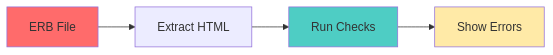
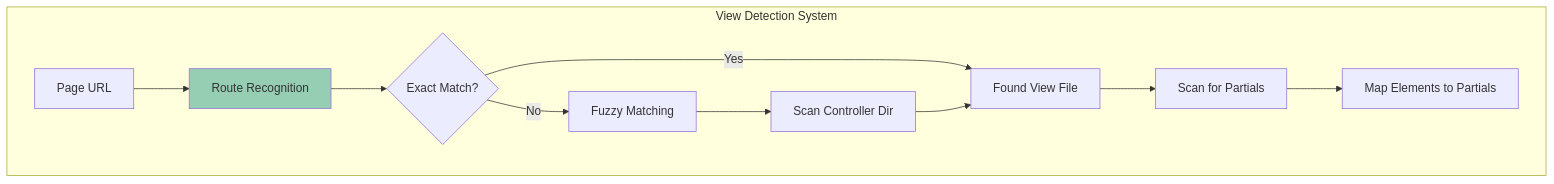
Before and after one commit to rayraycodes/rails-accessibility-testing: the fourth of 8 diagrams in docs_site/architecture.md, drawn with Mermaid. The commit also changed other lines of this file and 12 other files, not shown here.

````diff
--- a/docs_site/architecture.md
+++ b/docs_site/architecture.md
@@ -66,10 +393,15 @@
 ```mermaid
-graph LR
-    A[ERB File] --> B[Extract HTML]
-    B --> C[Run Checks]
-    C --> D[Show Errors]
+graph TB
+    subgraph "View Detection System"
+        A[Page URL] --> B[Route Recognition]
+        B --> C{Exact Match?}
+        C -->|Yes| D[Found View File]
+        C -->|No| E[Fuzzy Matching]
+        E --> F[Scan Controller Dir]
+        F --> D
+        D --> G[Scan for Partials]
+        G --> H[Map Elements to Partials]
+    end
     
-    style A fill:#ff6b6b
-    style C fill:#4ecdc4
-    style D fill:#ffeaa7
+    style B fill:#96ceb4
 ```
````
